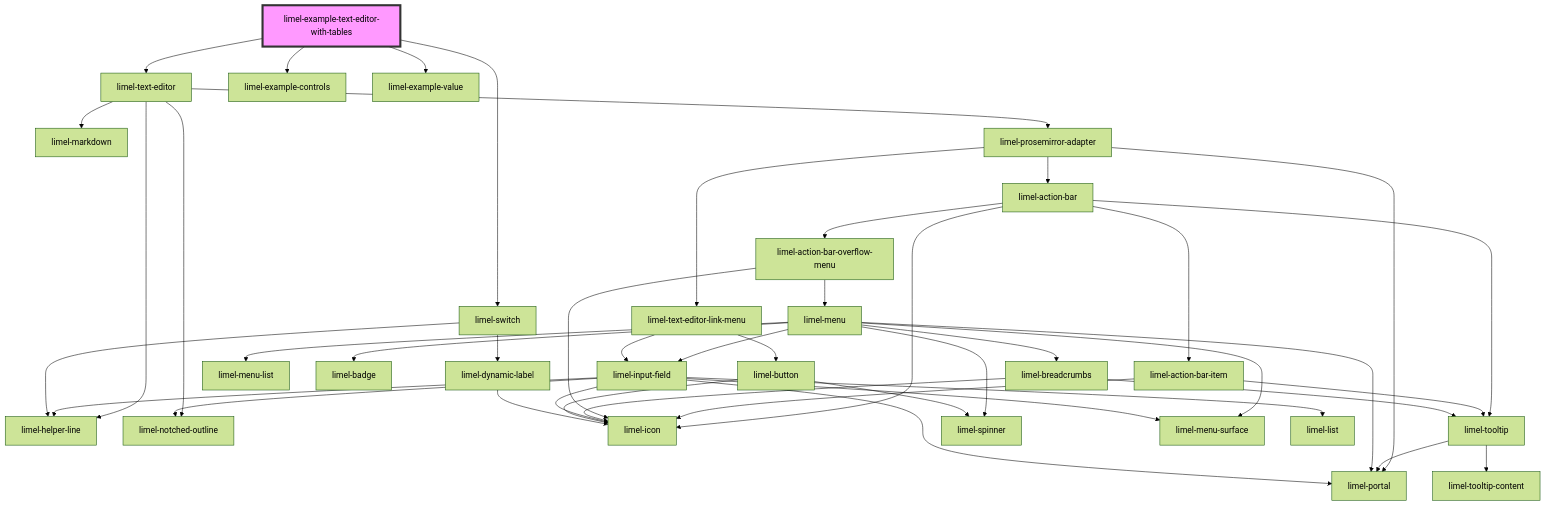
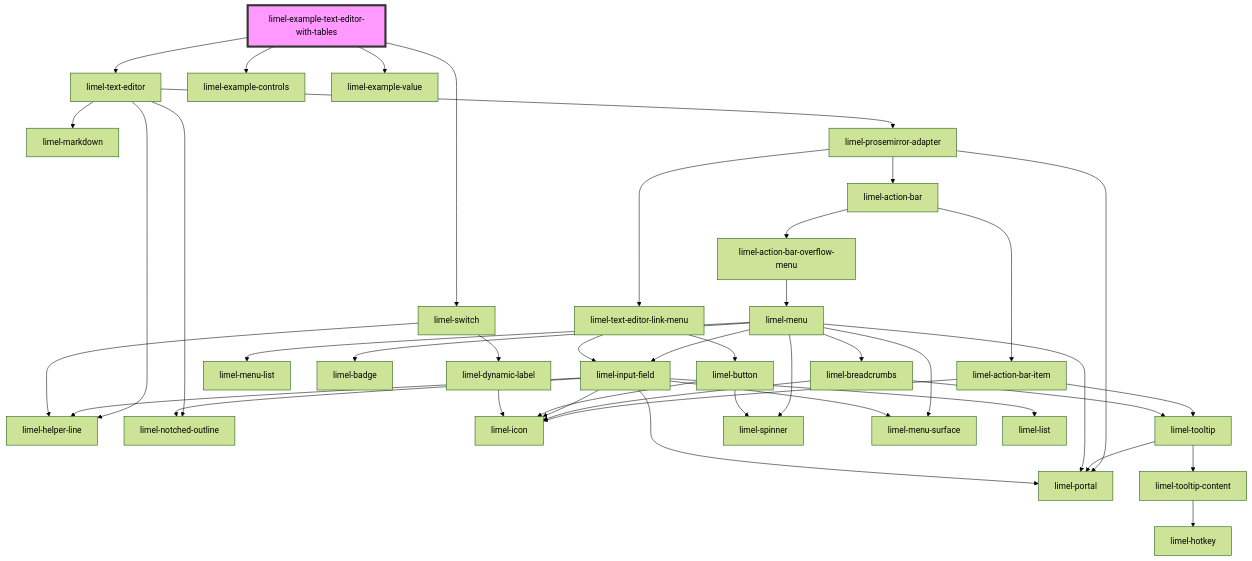
One commit to Lundalogik/lime-elements changed the diagram in versions/PR-3778/markdown-docs/components/text-editor/examples/readme.md. Above: the diagram before and after it, drawn with Mermaid (forest theme). The commit also changed 773 other files, not shown here.

````diff
--- a/versions/PR-3778/markdown-docs/components/text-editor/examples/readme.md
+++ b/versions/PR-3778/markdown-docs/components/text-editor/examples/readme.md
@@ -25,47 +25,45 @@
 ```mermaid
 graph TD;
   limel-example-text-editor-with-tables --> limel-text-editor
   limel-example-text-editor-with-tables --> limel-example-controls
   limel-example-text-editor-with-tables --> limel-switch
   limel-example-text-editor-with-tables --> limel-example-value
   limel-text-editor --> limel-helper-line
   limel-text-editor --> limel-notched-outline
   limel-text-editor --> limel-markdown
   limel-text-editor --> limel-prosemirror-adapter
   limel-prosemirror-adapter --> limel-action-bar
   limel-prosemirror-adapter --> limel-portal
   limel-prosemirror-adapter --> limel-text-editor-link-menu
   limel-action-bar --> limel-action-bar-item
   limel-action-bar --> limel-action-bar-overflow-menu
-  limel-action-bar --> limel-icon
-  limel-action-bar --> limel-tooltip
   limel-action-bar-item --> limel-icon
   limel-action-bar-item --> limel-tooltip
   limel-tooltip --> limel-portal
   limel-tooltip --> limel-tooltip-content
-  limel-action-bar-overflow-menu --> limel-icon
+  limel-tooltip-content --> limel-hotkey
   limel-action-bar-overflow-menu --> limel-menu
   limel-menu --> limel-spinner
   limel-menu --> limel-breadcrumbs
   limel-menu --> limel-input-field
   limel-menu --> limel-menu-list
   limel-menu --> limel-badge
   limel-menu --> limel-portal
   limel-menu --> limel-menu-surface
   limel-breadcrumbs --> limel-icon
   limel-breadcrumbs --> limel-tooltip
   limel-input-field --> limel-helper-line
   limel-input-field --> limel-icon
   limel-input-field --> limel-portal
   limel-input-field --> limel-menu-surface
   limel-input-field --> limel-list
   limel-input-field --> limel-notched-outline
   limel-text-editor-link-menu --> limel-input-field
   limel-text-editor-link-menu --> limel-button
   limel-button --> limel-icon
   limel-button --> limel-spinner
+  limel-switch --> limel-dynamic-label
   limel-switch --> limel-helper-line
-  limel-switch --> limel-dynamic-label
   limel-dynamic-label --> limel-icon
   style limel-example-text-editor-with-tables fill:#f9f,stroke:#333,stroke-width:4px
 ```
````
